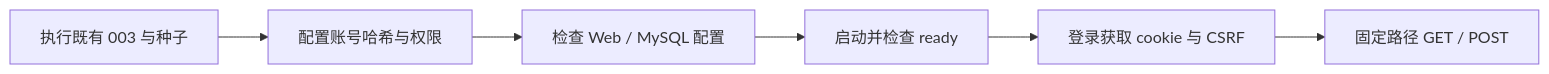
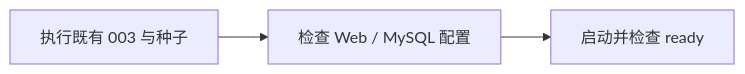
One commit to 600888/ems changed the second of 2 diagrams in website/docs/processes/web/running.md. Above: the diagram before and after it, drawn with Mermaid. The commit also changed other lines of this file and 61 other files, not shown here.

````diff
--- a/website/docs/processes/web/running.md
+++ b/website/docs/processes/web/running.md
@@ -35,8 +51,5 @@
 ```mermaid
 flowchart LR
-    Schema[执行既有 003 与种子] --> Account[配置账号哈希与权限]
-    Account --> Config[检查 Web / MySQL 配置]
+    Schema[执行既有 003 与种子] --> Config[检查 Web / MySQL 配置]
     Config --> Start[启动并检查 ready]
-    Start --> Login[登录获取 cookie 与 CSRF]
-    Login --> API[固定路径 GET / POST]
 ```
````
